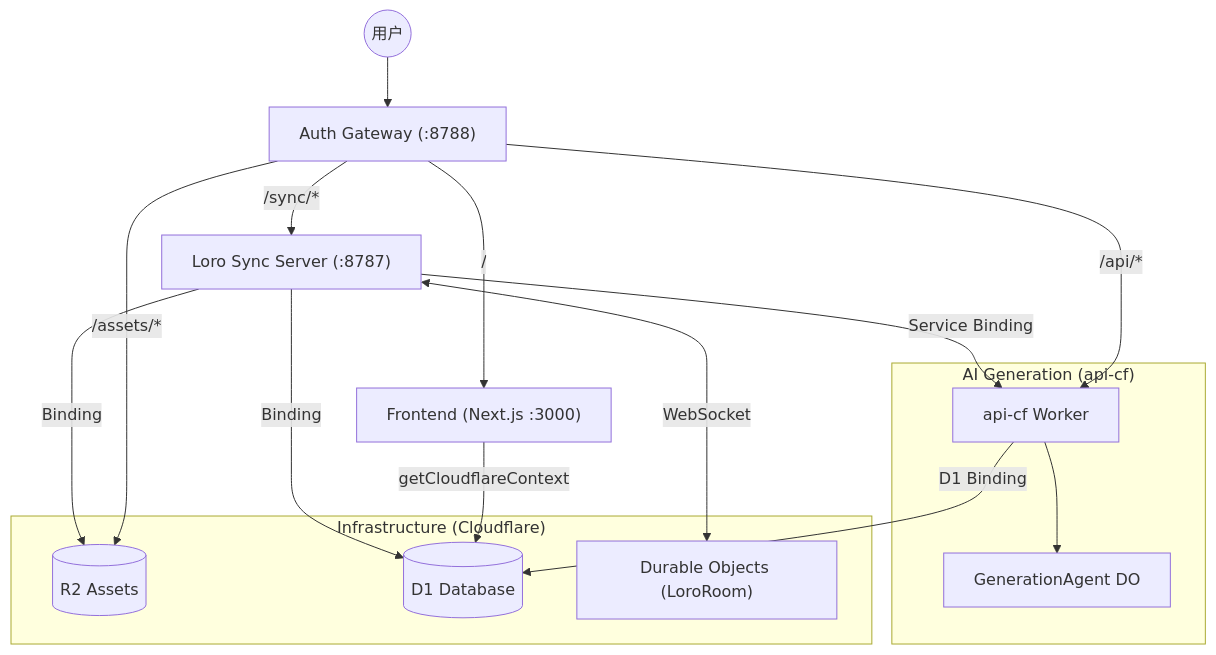
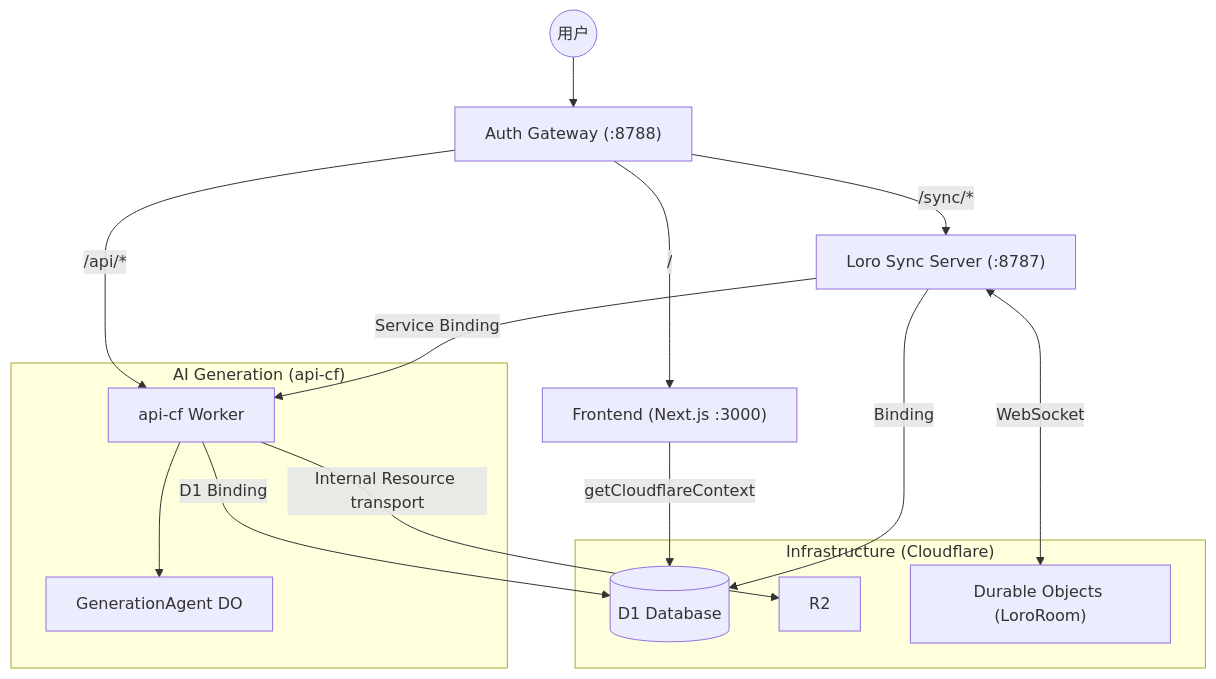
Before and after one commit to clash-space/clash: the first of 2 diagrams in apps/loro-sync-server/ARCHITECTURE.md, drawn with Mermaid. The commit also changed other lines of this file and 307 other files, not shown here.

````diff
--- a/apps/loro-sync-server/ARCHITECTURE.md
+++ b/apps/loro-sync-server/ARCHITECTURE.md
@@ -9,28 +13,27 @@
 ```mermaid
 graph TD
     User((用户)) --> Gateway["Auth Gateway (:8788)"]
-    
+
     Gateway -->|/| Web["Frontend (Next.js :3000)"]
     Gateway -->|/sync/*| Sync["Loro Sync Server (:8787)"]
     Gateway -->|/api/*| API["api-cf Worker"]
-    Gateway -->|/assets/*| R2[("R2 Assets")]
-    
+
     subgraph "Infrastructure (Cloudflare)"
         D1[("D1 Database")]
         R2
         DO["Durable Objects (LoroRoom)"]
     end
-    
+
     subgraph "AI Generation (api-cf)"
         GenAgent["GenerationAgent DO"]
         API --> GenAgent
     end
-    
+
     Web -->|getCloudflareContext| D1
     Sync -->|Binding| D1
-    Sync -->|Binding| R2
     API -->|D1 Binding| D1
-    
+    API -->|Internal Resource transport| R2
+
     Sync <-->|WebSocket| DO
     Sync -->|Service Binding| API
 ```
````
